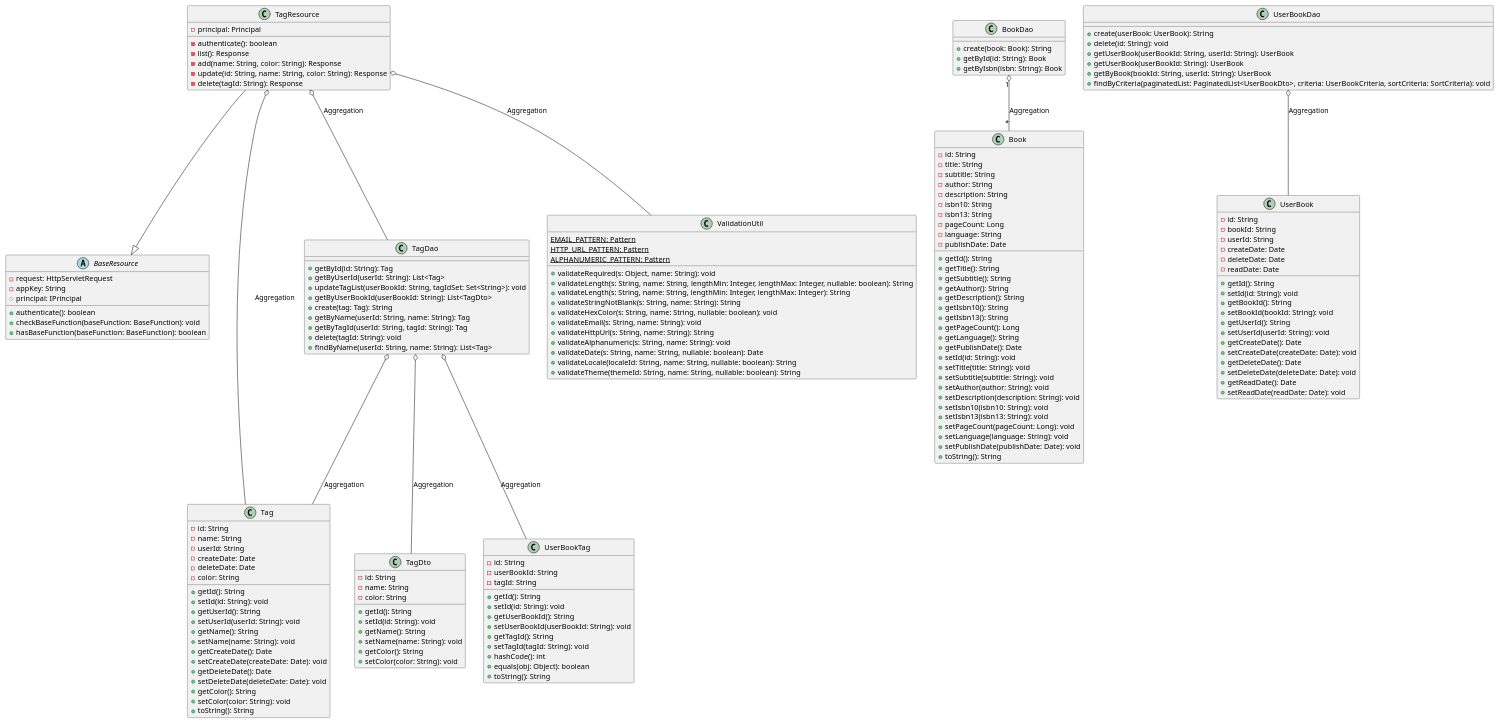
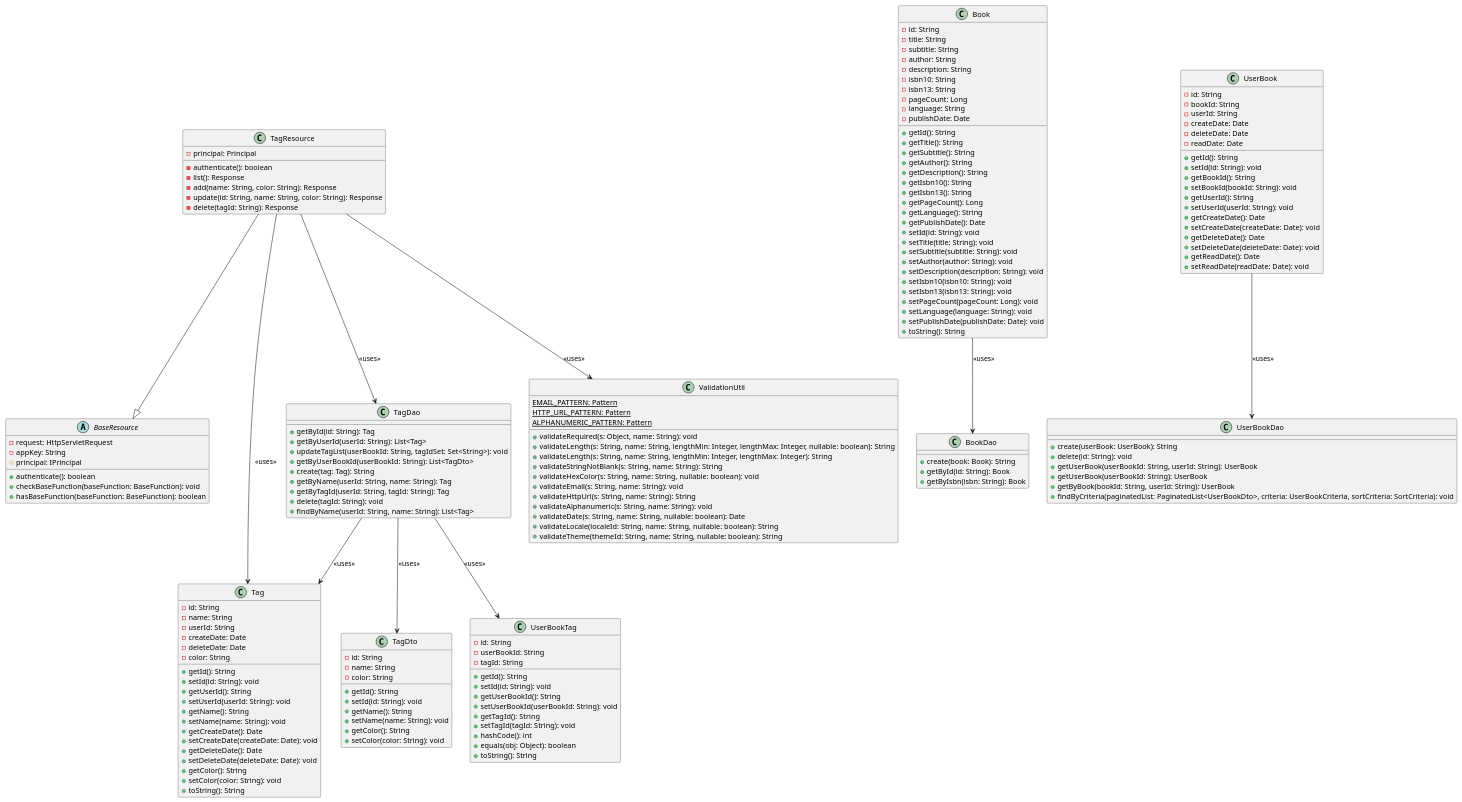
The diagram in UML-Diagrams/bookShelf.plantuml (schlechter-afk/Software-Engineering-Project-1), drawn with PlantUML before and after one commit. The commit also changed 4 other files, not shown here.

```diff
--- a/UML-Diagrams/bookShelf.plantuml
+++ b/UML-Diagrams/bookShelf.plantuml
@@ -1,186 +1,186 @@
 @startuml BookShelfManagement
 
 abstract class BaseResource {
     - request: HttpServletRequest
     - appKey: String
     # principal: IPrincipal
     + authenticate(): boolean
     + checkBaseFunction(baseFunction: BaseFunction): void
     + hasBaseFunction(baseFunction: BaseFunction): boolean
 }
 
 class Book {
   - id: String
   - title: String
   - subtitle: String
   - author: String
   - description: String
   - isbn10: String
   - isbn13: String
   - pageCount: Long
   - language: String
   - publishDate: Date
   + getId(): String
   + getTitle(): String
   + getSubtitle(): String
   + getAuthor(): String
   + getDescription(): String
   + getIsbn10(): String
   + getIsbn13(): String
   + getPageCount(): Long
   + getLanguage(): String
   + getPublishDate(): Date
   + setId(id: String): void
   + setTitle(title: String): void
   + setSubtitle(subtitle: String): void
   + setAuthor(author: String): void
   + setDescription(description: String): void
   + setIsbn10(isbn10: String): void
   + setIsbn13(isbn13: String): void
   + setPageCount(pageCount: Long): void
   + setLanguage(language: String): void
   + setPublishDate(publishDate: Date): void
   + toString(): String
 }
 
 class Tag {
   - id: String
   - name: String
   - userId: String
   - createDate: Date
   - deleteDate: Date
   - color: String
   + getId(): String
   + setId(id: String): void
   + getUserId(): String
   + setUserId(userId: String): void
   + getName(): String
   + setName(name: String): void
   + getCreateDate(): Date
   + setCreateDate(createDate: Date): void
   + getDeleteDate(): Date
   + setDeleteDate(deleteDate: Date): void
   + getColor(): String
   + setColor(color: String): void
   + toString(): String
 }
 
 class TagDto {
   - id: String
   - name: String
   - color: String
 
   + getId(): String
   + setId(id: String): void
   + getName(): String
   + setName(name: String): void
   + getColor(): String
   + setColor(color: String): void
 }
 
 class TagDao {
   + getById(id: String): Tag
   + getByUserId(userId: String): List<Tag>
   + updateTagList(userBookId: String, tagIdSet: Set<String>): void
   + getByUserBookId(userBookId: String): List<TagDto>
   + create(tag: Tag): String
   + getByName(userId: String, name: String): Tag
   + getByTagId(userId: String, tagId: String): Tag
   + delete(tagId: String): void
   + findByName(userId: String, name: String): List<Tag>
 }
 
 class TagResource {
     - principal: Principal
     - authenticate(): boolean
     - list(): Response
     - add(name: String, color: String): Response
     - update(id: String, name: String, color: String): Response
     - delete(tagId: String): Response
 }
 
 class UserBook {
     - id: String
     - bookId: String
     - userId: String
     - createDate: Date
     - deleteDate: Date
     - readDate: Date
 
     + getId(): String
     + setId(id: String): void
     + getBookId(): String
     + setBookId(bookId: String): void
     + getUserId(): String
     + setUserId(userId: String): void
     + getCreateDate(): Date
     + setCreateDate(createDate: Date): void
     + getDeleteDate(): Date
     + setDeleteDate(deleteDate: Date): void
     + getReadDate(): Date
     + setReadDate(readDate: Date): void
 }
 
 class UserBookDao {
   +create(userBook: UserBook): String
   +delete(id: String): void
   +getUserBook(userBookId: String, userId: String): UserBook
   +getUserBook(userBookId: String): UserBook
   +getByBook(bookId: String, userId: String): UserBook
   +findByCriteria(paginatedList: PaginatedList<UserBookDto>, criteria: UserBookCriteria, sortCriteria: SortCriteria): void
 }
 
 class BookDao {
   + create(book: Book): String
   + getById(id: String): Book
   + getByIsbn(isbn: String): Book
 }
 
 class ValidationUtil {
   {static} EMAIL_PATTERN: Pattern
   {static} HTTP_URL_PATTERN: Pattern
   {static} ALPHANUMERIC_PATTERN: Pattern
   + validateRequired(s: Object, name: String): void
   + validateLength(s: String, name: String, lengthMin: Integer, lengthMax: Integer, nullable: boolean): String
   + validateLength(s: String, name: String, lengthMin: Integer, lengthMax: Integer): String
   + validateStringNotBlank(s: String, name: String): String
   + validateHexColor(s: String, name: String, nullable: boolean): void
   + validateEmail(s: String, name: String): void
   + validateHttpUrl(s: String, name: String): String
   + validateAlphanumeric(s: String, name: String): void
   + validateDate(s: String, name: String, nullable: boolean): Date
   + validateLocale(localeId: String, name: String, nullable: boolean): String
   + validateTheme(themeId: String, name: String, nullable: boolean): String
 }
 
 class UserBookTag {
   - id: String
   - userBookId: String
   - tagId: String
   + getId(): String
   + setId(id: String): void
   + getUserBookId(): String
   + setUserBookId(userBookId: String): void
   + getTagId(): String
   + setTagId(tagId: String): void
   + hashCode(): int
   + equals(obj: Object): boolean
   + toString(): String
 }
 
 TagResource --|> BaseResource
 
-BookDao "1" o-- "*" Book : Aggregation
+Book --> BookDao : <<uses>>
 
-TagDao o-- UserBookTag :  Aggregation
-TagDao o-- TagDto : Aggregation
-TagDao o-- Tag : Aggregation
+TagDao --> UserBookTag :  <<uses>>
+TagDao --> TagDto : <<uses>>
+TagDao --> Tag : <<uses>>
 
-TagResource o-- TagDao : Aggregation
-TagResource o-- Tag : Aggregation
-TagResource o-- ValidationUtil : Aggregation
+TagResource --> TagDao : <<uses>>
+TagResource --> Tag : <<uses>>
+TagResource --> ValidationUtil :  <<uses>>
 
-UserBookDao o-- UserBook : Aggregation
+UserBook --> UserBookDao : <<uses>>
 
 
 @enduml
```
